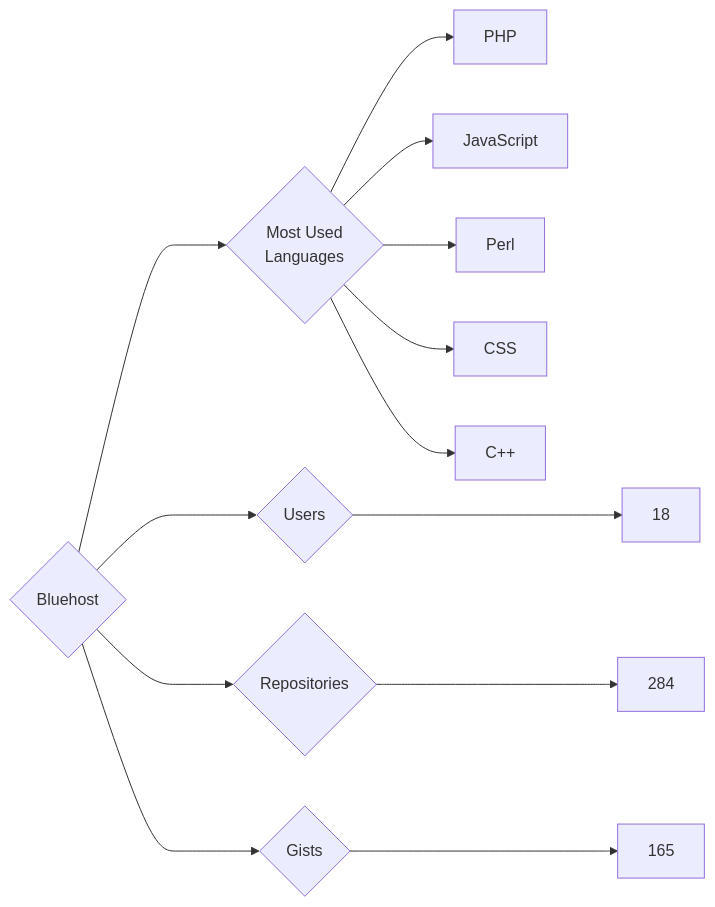
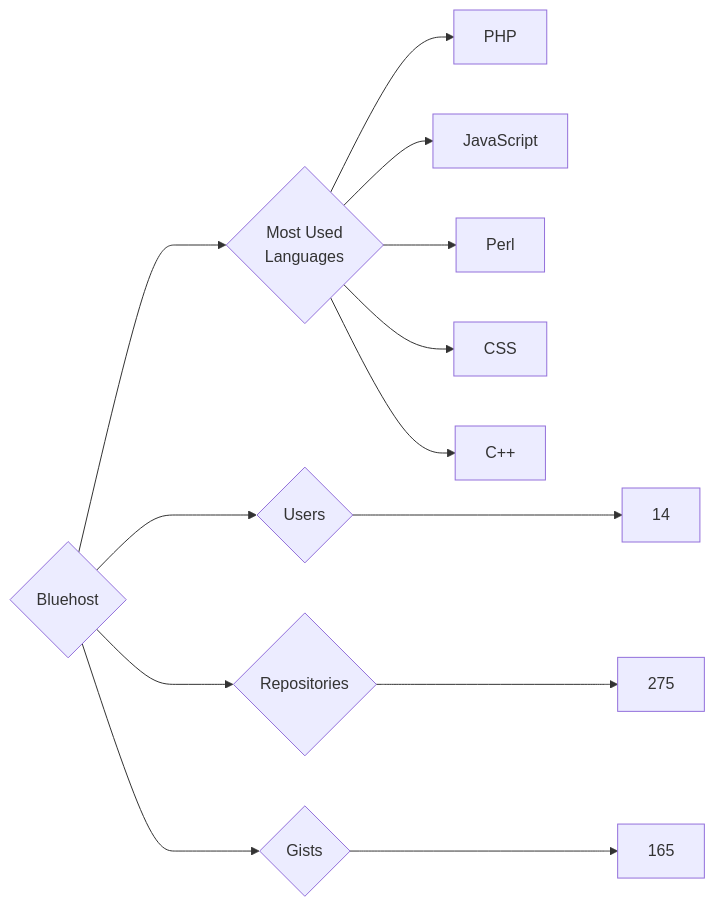
Before and after one commit to trickest/insiders: the diagram in targets/Bluehost/README.md, drawn with Mermaid. The commit also changed 845 other files, not shown here.

````diff
--- a/targets/Bluehost/README.md
+++ b/targets/Bluehost/README.md
@@ -3,13 +3,13 @@
 ```mermaid
 graph LR
 COMPANY_NAME{Bluehost}
-COMPANY_NAME ---> U{Users} ---> UN[18]
-COMPANY_NAME ---> R{Repositories} ---> RN[284]
+COMPANY_NAME ---> U{Users} ---> UN[14]
+COMPANY_NAME ---> R{Repositories} ---> RN[275]
 COMPANY_NAME ---> G{Gists} ---> GN[165]
 COMPANY_NAME ---> ML{Most Used<br>Languages}
 ML --> PHP[PHP]
 ML --> JavaScript[JavaScript]
 ML --> Perl[Perl]
 ML --> CSS[CSS]
 ML --> C++[C++]
 ```
````
